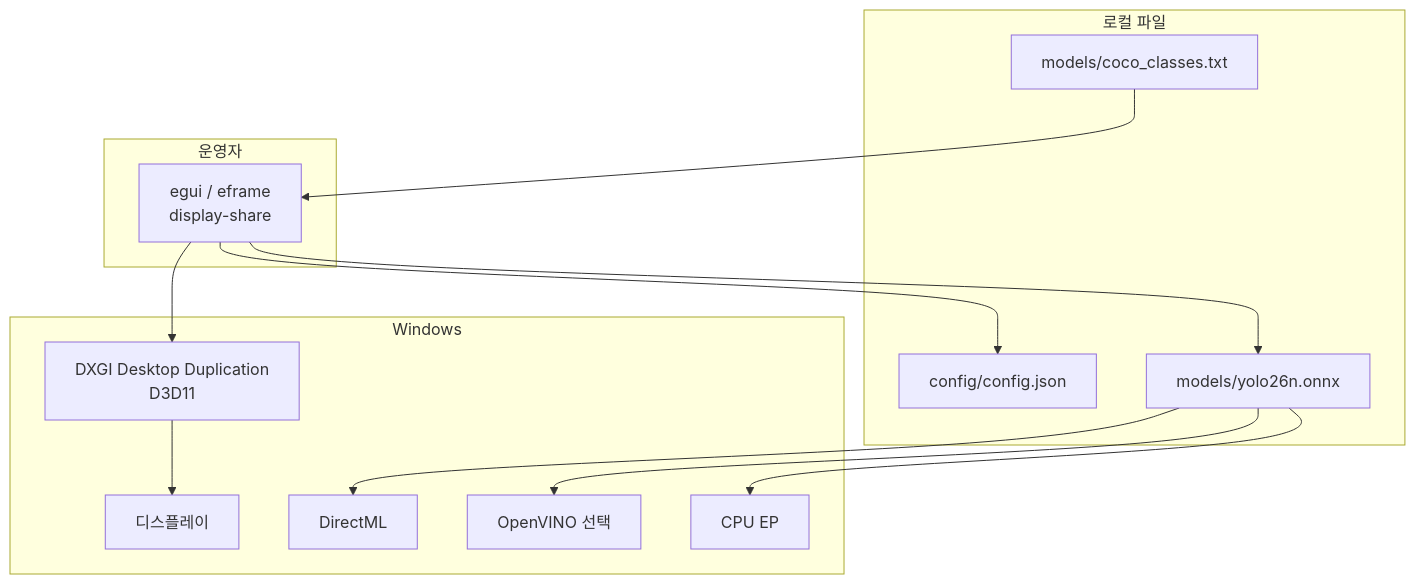
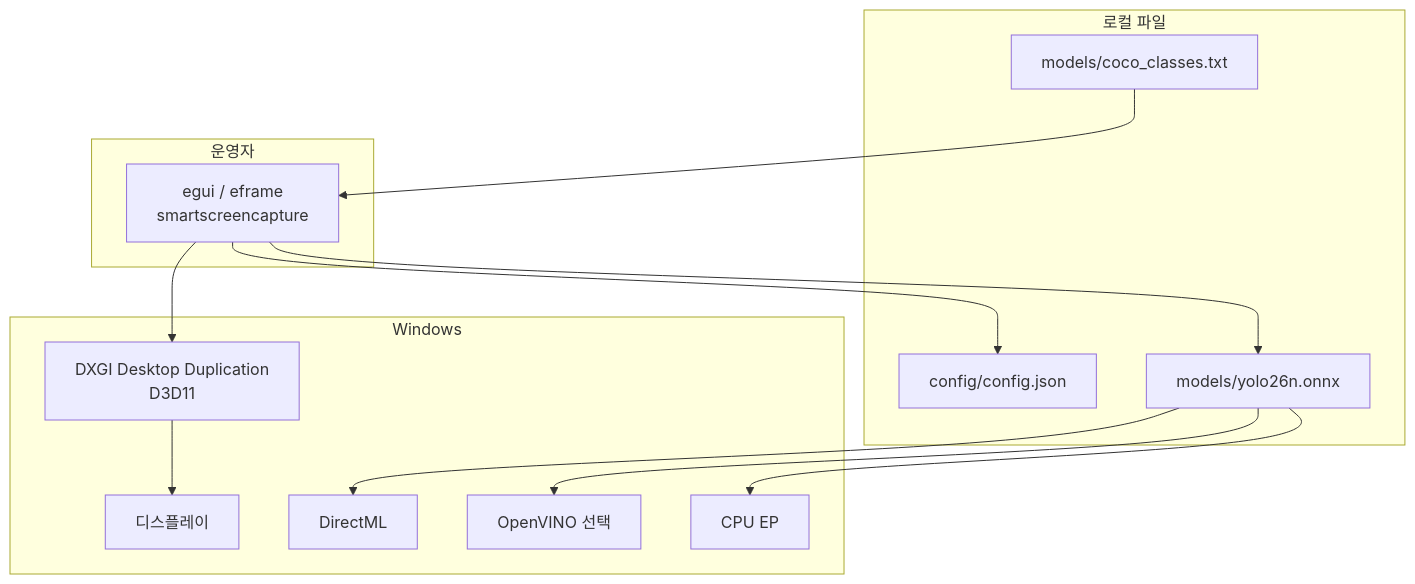
The first of 8 diagrams in 아키텍처.md (NAMUORI00/display-share), drawn with Mermaid before and after one commit. The commit also changed other lines of this file and 11 other files, not shown here.

````diff
--- a/아키텍처.md
+++ b/아키텍처.md
@@ -24,26 +24,26 @@
 ```mermaid
 flowchart TB
   subgraph Op[운영자]
-    UI[egui / eframe<br/>display-share]
+    UI[egui / eframe<br/>smartscreencapture]
   end
   subgraph Win[Windows]
     DISP[디스플레이]
     DXGI[DXGI Desktop Duplication<br/>D3D11]
     DML[DirectML]
     OV[OpenVINO 선택]
     CPU[CPU EP]
   end
   subgraph Files[로컬 파일]
     CFG[config/config.json]
     ONNX[models/yolo26n.onnx]
     CLS[models/coco_classes.txt]
   end
   UI --> CFG
   UI --> DXGI
   DXGI --> DISP
   UI --> ONNX
   ONNX --> DML
   ONNX --> OV
   ONNX --> CPU
   CLS --> UI
 ```
````
